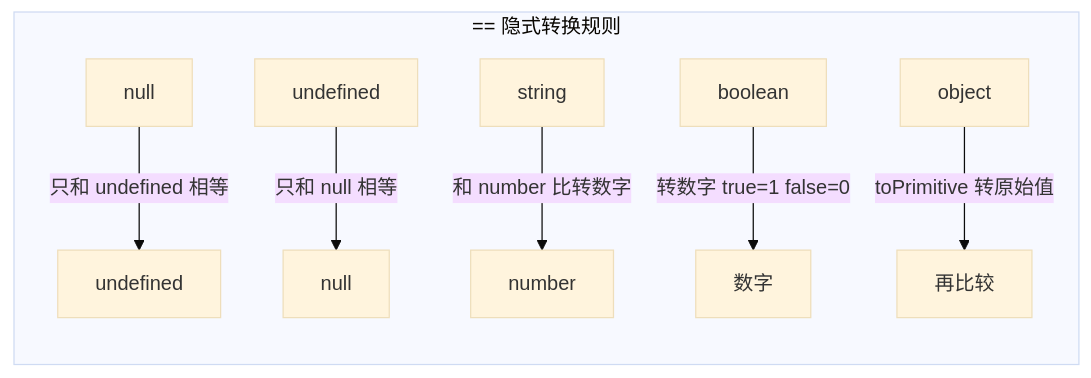
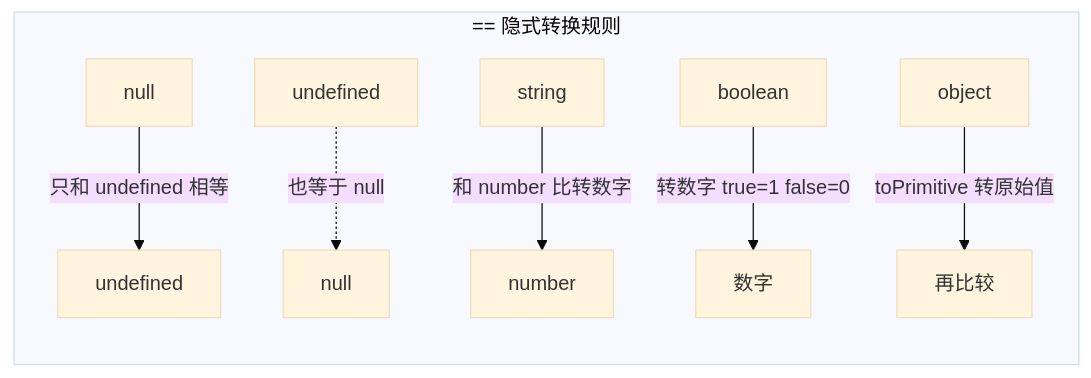
The second of 8 diagrams in docs/js/hyper-frequencies.md (Shyu-x/frontend-interview), drawn with Mermaid (base theme) before and after one commit. The commit also changed other lines of this file, not shown here.

First line of the commit message:
docs: fix mermaid diagram syntax issues in js/hyper-frequencies.md

````diff
--- a/docs/js/hyper-frequencies.md
+++ b/docs/js/hyper-frequencies.md
@@ -114,11 +114,10 @@
 ```mermaid
 flowchart LR
     subgraph conversion["== 隐式转换规则"]
-        direction TB
         null["null"] -->|"只和 undefined 相等"| und["undefined"]
-        und2["undefined"] -->|"只和 null 相等"| null2["null"]
+        undefined["undefined"] -.->|"也等于 null"| null2["null"]
         str["string"] -->|"和 number 比转数字"| num["number"]
         bool["boolean"] -->|"转数字 true=1 false=0"| num2["数字"]
         obj["object"] -->|"toPrimitive 转原始值"| result["再比较"]
     end
 ```
````
